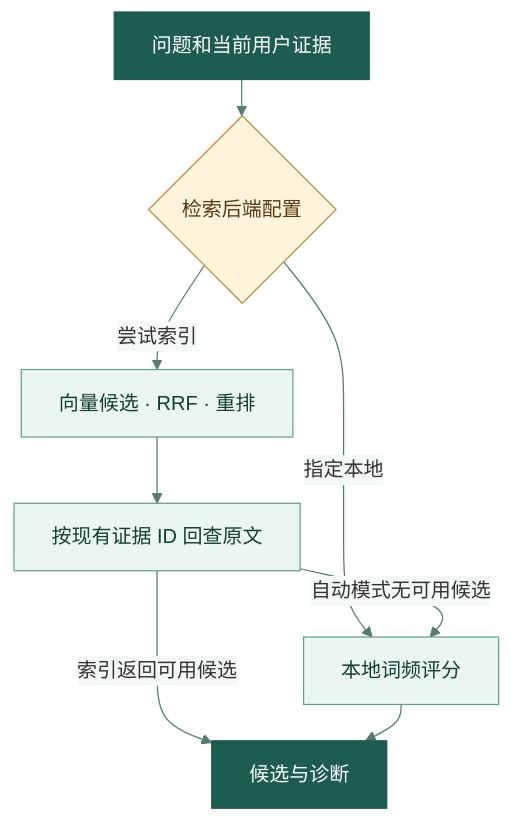
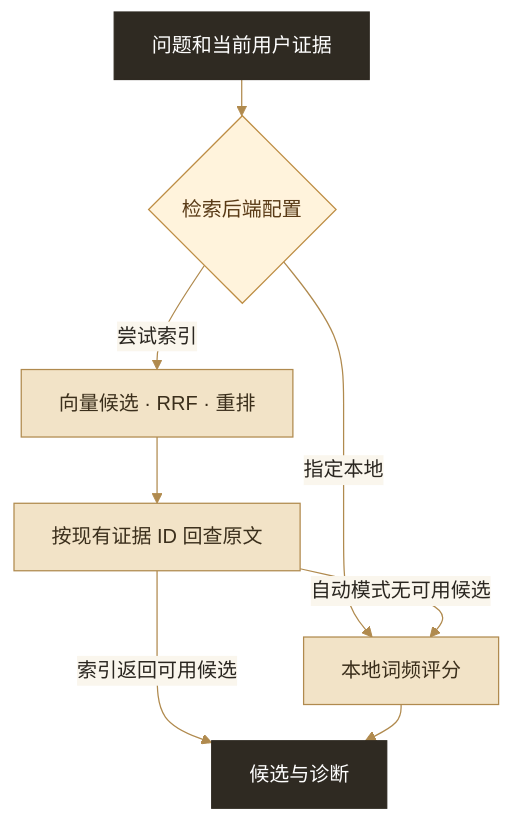
One commit to wenmo-yu/careerlens changed the second of 2 diagrams in tutorials/04-knowledge-base/04-A-检索源码与诊断.md. Above: the diagram before and after it, drawn with Mermaid. The commit also changed other lines of this file and 6 other files, not shown here.

````diff
--- a/tutorials/04-knowledge-base/04-A-检索源码与诊断.md
+++ b/tutorials/04-knowledge-base/04-A-检索源码与诊断.md
@@ -101,18 +241,18 @@
 ```mermaid
-%%{init: {"theme":"base","themeVariables":{"fontFamily":"system-ui, sans-serif","lineColor":"#567b72","edgeLabelBackground":"#f4f8f6"},"flowchart":{"nodeSpacing":22,"rankSpacing":29,"curve":"basis"}}}%%
+%%{init: {"theme":"base","themeVariables":{"fontFamily":"system-ui, sans-serif","lineColor":"#b08a4e","edgeLabelBackground":"#faf6ed","primaryColor":"#fdfbf6","primaryBorderColor":"#c9a86a","primaryTextColor":"#2a2620","lineColorText":"#2a2620"},"flowchart":{"nodeSpacing":22,"rankSpacing":29,"curve":"basis"}}}%%
 flowchart TD
     accTitle: 索引候选在返回前按数据库中的原文回查
     a["问题和当前用户证据"] --> b{"检索后端配置"}
     b -->|尝试索引| c["向量候选 · RRF · 重排"]
     c --> d["按现有证据 ID 回查原文"]
     b -->|指定本地| l["本地词频评分"]
     d -->|自动模式无可用候选| l
     d -->|索引返回可用候选| e["候选与诊断"]
     l --> e
     class b choice
     class c,d,l work
     class a,e endpoints
     classDef choice fill:#fff3dc,stroke:#bd8d44,color:#593a16
-    classDef work fill:#eaf6f1,stroke:#60a28d,color:#143f36
-    classDef endpoints fill:#1d5c50,stroke:#1d5c50,color:#ffffff
+    classDef work fill:#f2e3c7,stroke:#b08a4e,color:#3b2f1c
+    classDef endpoints fill:#2f2a22,stroke:#2f2a22,color:#fff
 ```
````
